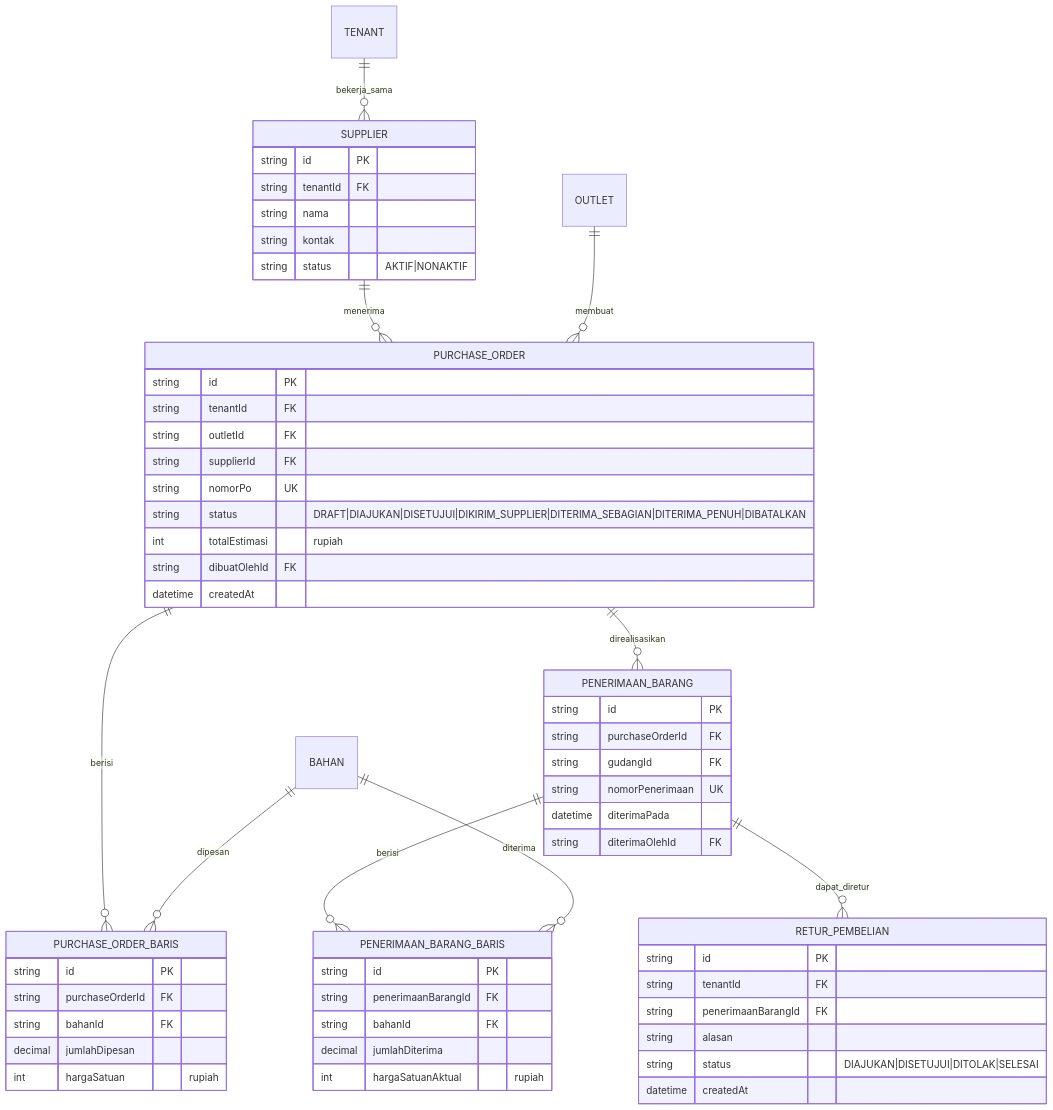
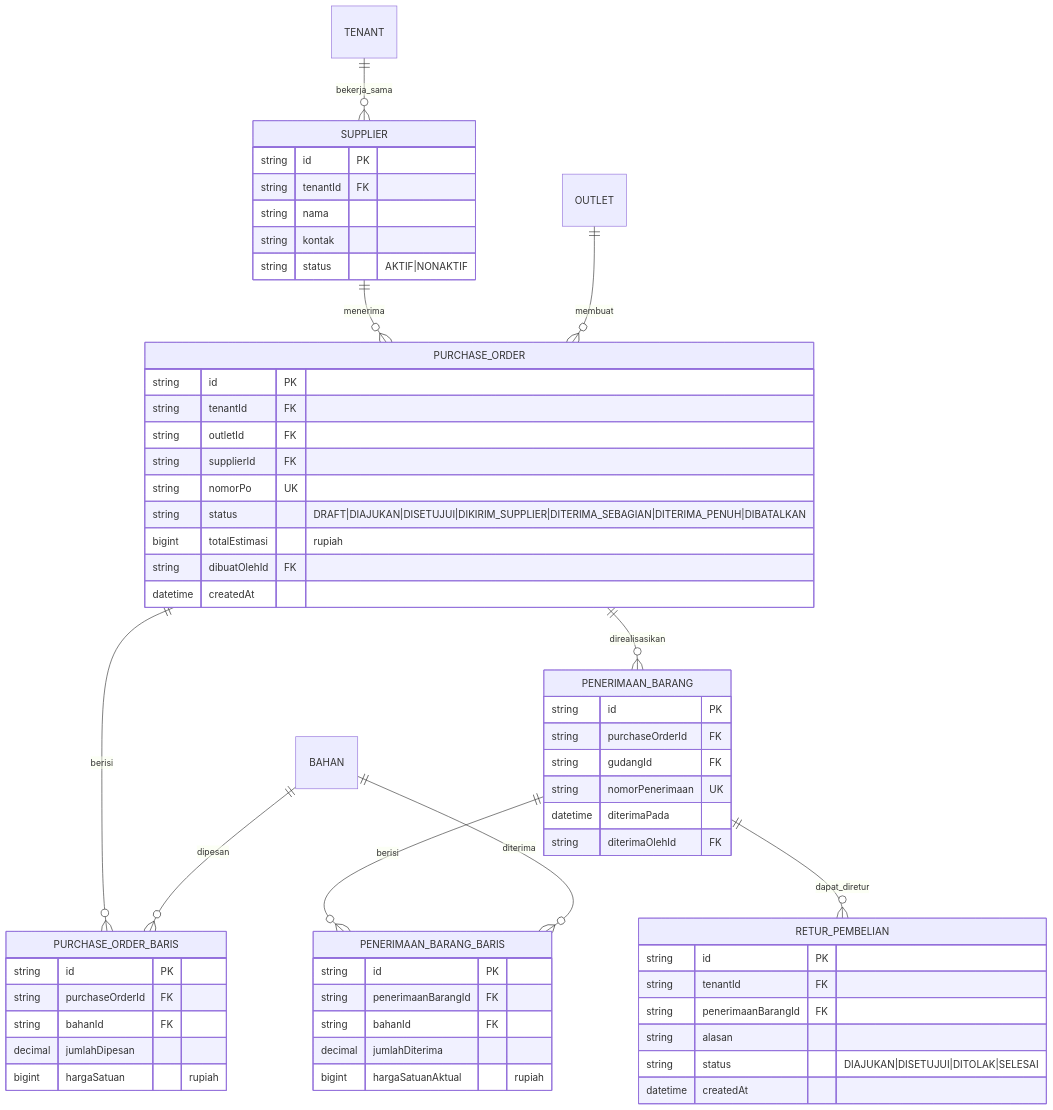
Before and after one commit to Cat-tj/altora-resto: the diagram in docs/database/05-supplier-pembelian.md, drawn with Mermaid. The commit also changed 15 other files, not shown here.

````diff
--- a/docs/database/05-supplier-pembelian.md
+++ b/docs/database/05-supplier-pembelian.md
@@ -3,61 +3,61 @@
 ```mermaid
 erDiagram
     TENANT ||--o{ SUPPLIER : bekerja_sama
     SUPPLIER ||--o{ PURCHASE_ORDER : menerima
     OUTLET ||--o{ PURCHASE_ORDER : membuat
     PURCHASE_ORDER ||--o{ PURCHASE_ORDER_BARIS : berisi
     BAHAN ||--o{ PURCHASE_ORDER_BARIS : dipesan
     PURCHASE_ORDER ||--o{ PENERIMAAN_BARANG : direalisasikan
     PENERIMAAN_BARANG ||--o{ PENERIMAAN_BARANG_BARIS : berisi
     BAHAN ||--o{ PENERIMAAN_BARANG_BARIS : diterima
     PENERIMAAN_BARANG ||--o{ RETUR_PEMBELIAN : dapat_diretur
 
     SUPPLIER {
         string id PK
         string tenantId FK
         string nama
         string kontak
         string status "AKTIF|NONAKTIF"
     }
     PURCHASE_ORDER {
         string id PK
         string tenantId FK
         string outletId FK
         string supplierId FK
         string nomorPo UK
         string status "DRAFT|DIAJUKAN|DISETUJUI|DIKIRIM_SUPPLIER|DITERIMA_SEBAGIAN|DITERIMA_PENUH|DIBATALKAN"
-        int totalEstimasi "rupiah"
+        bigint totalEstimasi "rupiah"
         string dibuatOlehId FK
         datetime createdAt
     }
     PURCHASE_ORDER_BARIS {
         string id PK
         string purchaseOrderId FK
         string bahanId FK
         decimal jumlahDipesan
-        int hargaSatuan "rupiah"
+        bigint hargaSatuan "rupiah"
     }
     PENERIMAAN_BARANG {
         string id PK
         string purchaseOrderId FK
         string gudangId FK
         string nomorPenerimaan UK
         datetime diterimaPada
         string diterimaOlehId FK
     }
     PENERIMAAN_BARANG_BARIS {
         string id PK
         string penerimaanBarangId FK
         string bahanId FK
         decimal jumlahDiterima
-        int hargaSatuanAktual "rupiah"
+        bigint hargaSatuanAktual "rupiah"
     }
     RETUR_PEMBELIAN {
         string id PK
         string tenantId FK
         string penerimaanBarangId FK
         string alasan
         string status "DIAJUKAN|DISETUJUI|DITOLAK|SELESAI"
         datetime createdAt
     }
 ```
````
